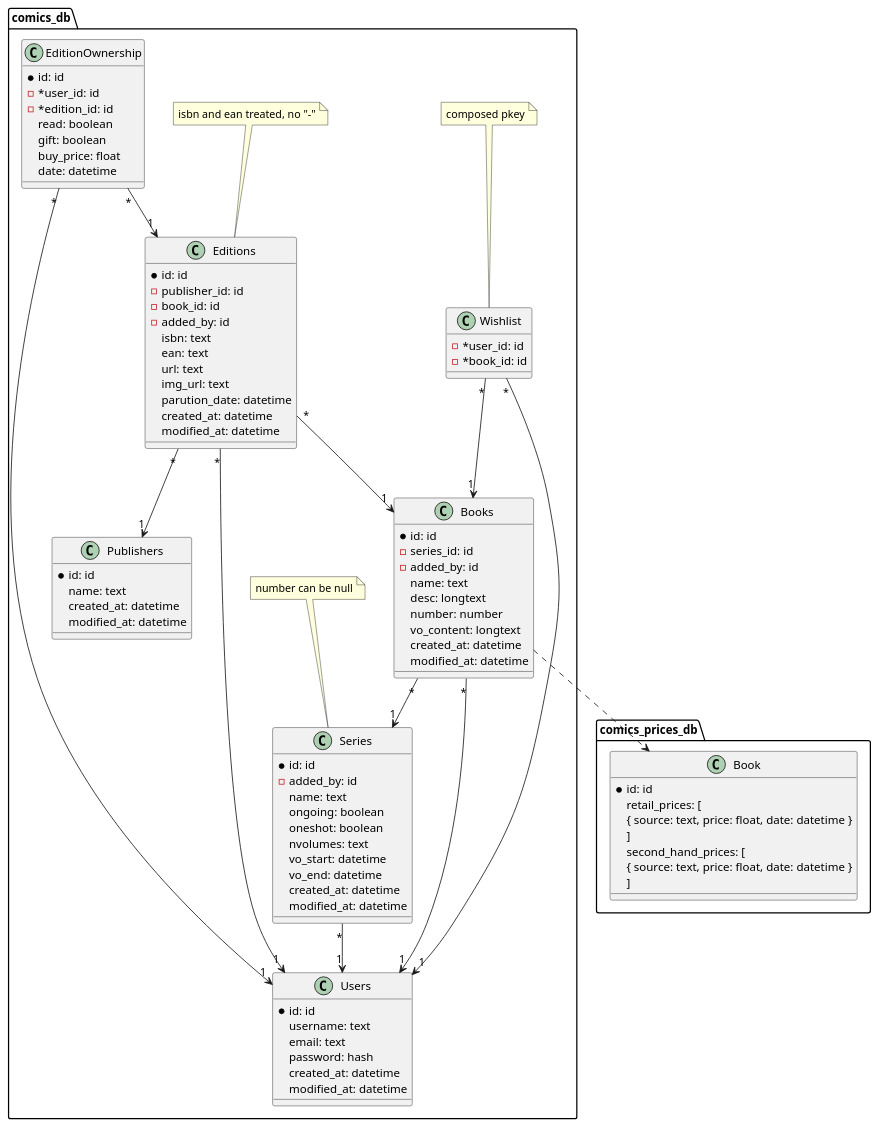
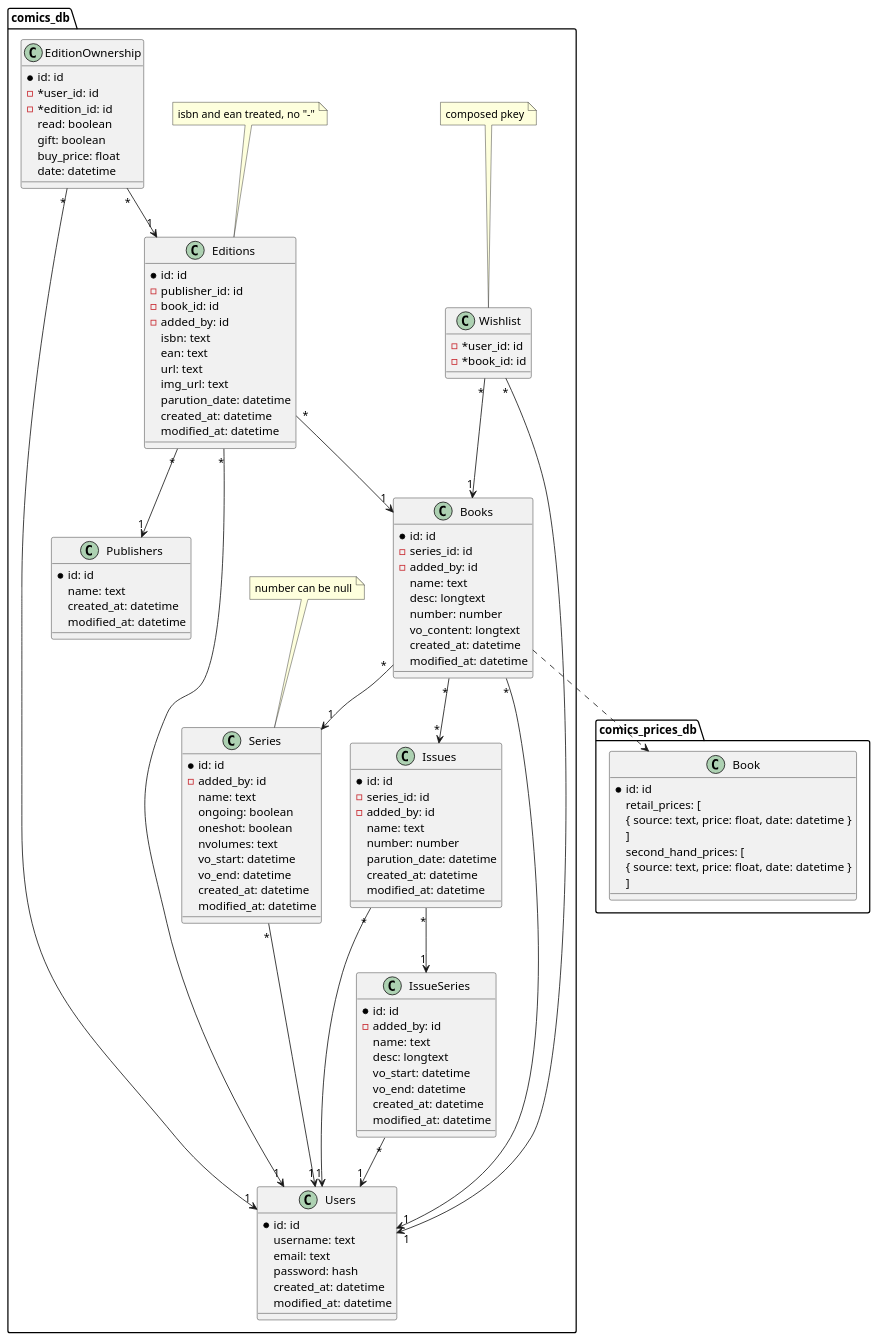
One commit to StutenEXE/comics-engineering changed the diagram in db/mcd.puml. Above: the diagram before and after it, drawn with PlantUML. The commit also changed 7 other files, not shown here.

```diff
--- a/db/mcd.puml
+++ b/db/mcd.puml
@@ -1,106 +1,135 @@
 @startuml mcd comics engineering
 
 package comics_db {
     class Users {
         *id: id
         username: text
         email: text
         password: hash
+        created_at: datetime
+        modified_at: datetime
+    }
+
+    class IssueSeries {
+        *id: id
+        -added_by: id
+        name: text
+        desc: longtext
+        vo_start: datetime
+        vo_end: datetime
+        created_at: datetime
+        modified_at: datetime
+    }
+
+    class Issues {
+        *id: id
+        -series_id: id
+        -added_by: id
+        name: text
+        number: number
+        parution_date: datetime
         created_at: datetime
         modified_at: datetime
     }
 
     class Books {
         *id: id
         -series_id: id
         -added_by: id
         name: text
         desc: longtext
         number: number
         vo_content: longtext
         created_at: datetime
         modified_at: datetime
     }
 
     class Editions {
         *id: id
         -publisher_id: id
         -book_id: id
         -added_by: id
         isbn: text
         ean: text
         url: text
         img_url: text
         parution_date: datetime
         created_at: datetime
         modified_at: datetime
     }
     note top: isbn and ean treated, no "-"
 
     class Series {
         *id: id
         -added_by: id
         name: text
         ongoing: boolean
         oneshot: boolean
         nvolumes: text
         vo_start: datetime
         vo_end: datetime
         created_at: datetime
         modified_at: datetime
     }
     note top: number can be null
 
     class Publishers {
         *id: id
         name: text
         created_at: datetime
         modified_at: datetime
     }
 	
 	class EditionOwnership {
         *id: id
         - *user_id: id
         - *edition_id: id
         read: boolean
         gift: boolean
         buy_price: float
         date: datetime
     }
 
     class Wishlist {
         - *user_id: id
         - *book_id: id
     }
     note top: composed pkey
 }
 
 package comics_prices_db {
     class Book {
         *id: id
         retail_prices: [
             { source: text, price: float, date: datetime }
         ]
         second_hand_prices: [
             { source: text, price: float, date: datetime }
         ]
     }
 }
 
+IssueSeries "*" --> "1" Users
+
+Issues "*" --> "1" IssueSeries
+Issues "*" --> "1" Users 
+
+Books "*" --> "*" Issues
+
 EditionOwnership "*" --> "1" Editions
 EditionOwnership "*" --> "1" Users
 
 Wishlist "*" --> "1" comics_db.Books
 Wishlist "*" --> "1" Users
 
 Editions "*" --> "1" comics_db.Books
 Editions "*" --> "1" Publishers
 Editions "*" --> "1" Users
 
 comics_db.Books "*" --> "1" Series
 comics_db.Books "*" --> "1" Users
 comics_db.Books ..> comics_prices_db.Book
 
 comics_db.Series "*" --> "1" Users
 
 @enduml
```
